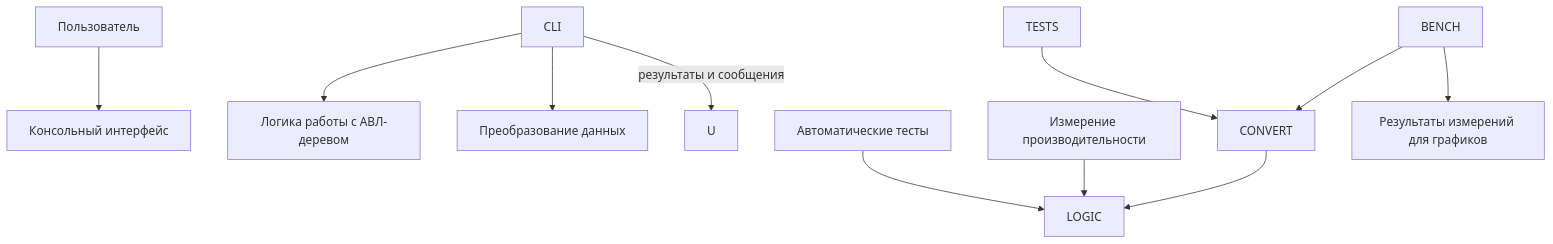
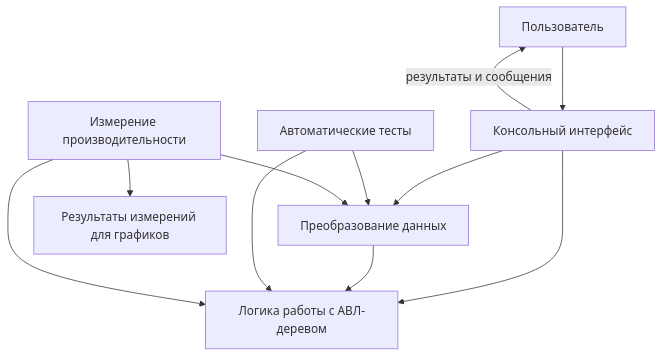
Before and after one commit to DDDDJptichka/labs_sem3: the second of 2 diagrams in README.md, drawn with Mermaid. The commit also changed other lines of this file, not shown here.

````diff
--- a/README.md
+++ b/README.md
@@ -41,13 +63,13 @@
 ```mermaid
 flowchart TB
-    U\[Пользователь] --> CLI\[Консольный интерфейс]
-    CLI --> LOGIC\[Логика работы с АВЛ-деревом]
-    CLI --> CONVERT\[Преобразование данных]
+    U[Пользователь] --> CLI[Консольный интерфейс]
+    CLI --> LOGIC[Логика работы с АВЛ-деревом]
+    CLI --> CONVERT[Преобразование данных]
     CONVERT --> LOGIC
-    TESTS\[Автоматические тесты] --> LOGIC
+    TESTS[Автоматические тесты] --> LOGIC
     TESTS --> CONVERT
-    BENCH\[Измерение производительности] --> LOGIC
+    BENCH[Измерение производительности] --> LOGIC
     BENCH --> CONVERT
-    BENCH --> RESULTS\[Результаты измерений для графиков]
+    BENCH --> RESULTS[Результаты измерений для графиков]
     CLI -->|результаты и сообщения| U
 ```
````
